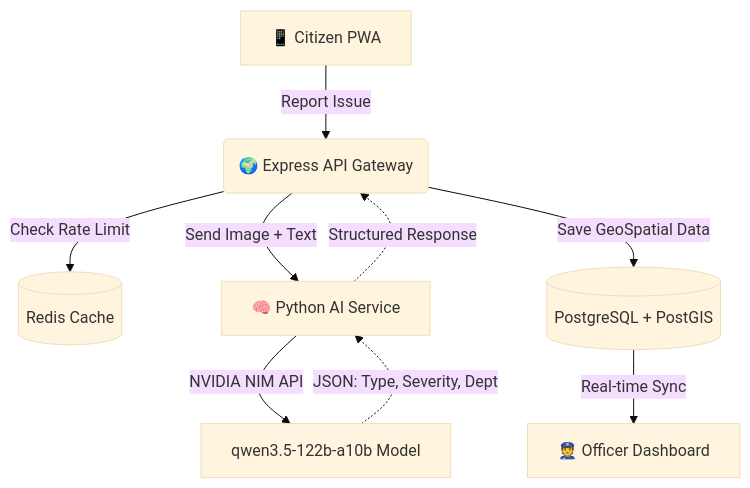
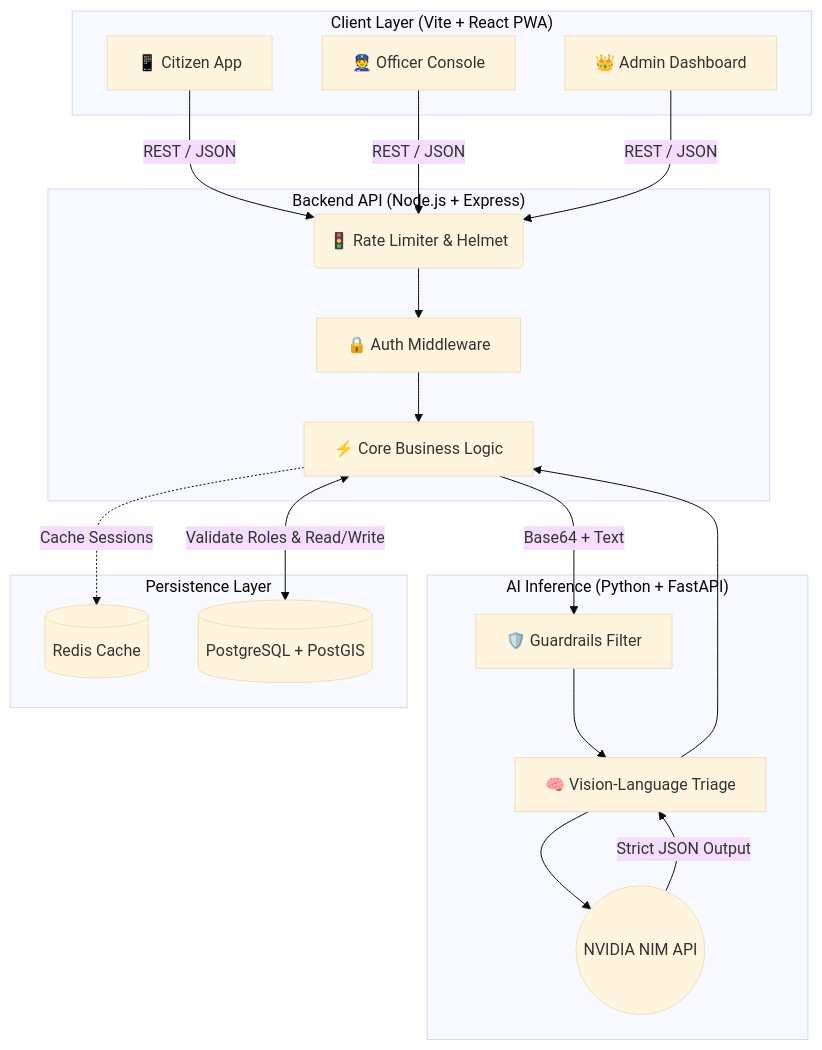
Before and after one commit to crazycodecrafters/community_hero: the first of 2 diagrams in README.md, drawn with Mermaid (base theme). The commit also changed other lines of this file, not shown here.

Commit message:
Enhance README to masterclass level with ERD, Deep Dive Processes, and System Architecture

````diff
--- a/README.md
+++ b/README.md
@@ -44,11 +61,39 @@
 ```mermaid
 graph TD
-    A[📱 Citizen PWA] -->|Report Issue| B(🌍 Express API Gateway)
-    B -->|Check Rate Limit| C[(Redis Cache)]
-    B -->|Send Image + Text| D[🧠 Python AI Service]
-    D -->|NVIDIA NIM API| E[qwen3.5-122b-a10b Model]
-    E -.->|JSON: Type, Severity, Dept| D
-    D -.->|Structured Response| B
-    B -->|Save GeoSpatial Data| F[(PostgreSQL + PostGIS)]
-    F -->|Real-time Sync| G[👮 Officer Dashboard]
+    %% Frontend Layer
+    subgraph "Client Layer (Vite + React PWA)"
+        A[📱 Citizen App]
+        B[👮 Officer Console]
+        C[👑 Admin Dashboard]
+    end
+
+    %% Network / API Gateway
+    subgraph "Backend API (Node.js + Express)"
+        D(🚦 Rate Limiter & Helmet)
+        E[🔒 Auth Middleware]
+        F[⚡ Core Business Logic]
+        D --> E --> F
+    end
+
+    %% AI Microservice Layer
+    subgraph "AI Inference (Python + FastAPI)"
+        G[🛡️ Guardrails Filter]
+        H[🧠 Vision-Language Triage]
+        I((NVIDIA NIM API))
+    end
+
+    %% Data Layer
+    subgraph "Persistence Layer"
+        J[(Redis Cache)]
+        K[(PostgreSQL + PostGIS)]
+    end
+
+    %% Connections
+    A & B & C -- REST / JSON --> D
+    F <-->|Validate Roles & Read/Write| K
+    F -.->|Cache Sessions| J
+    F -- "Base64 + Text" --> G
+    G --> H --> I
+    I -->|Strict JSON Output| H
+    H --> F
 ```
````
